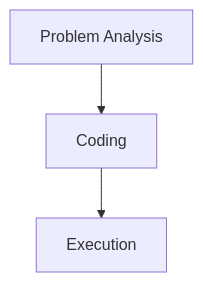
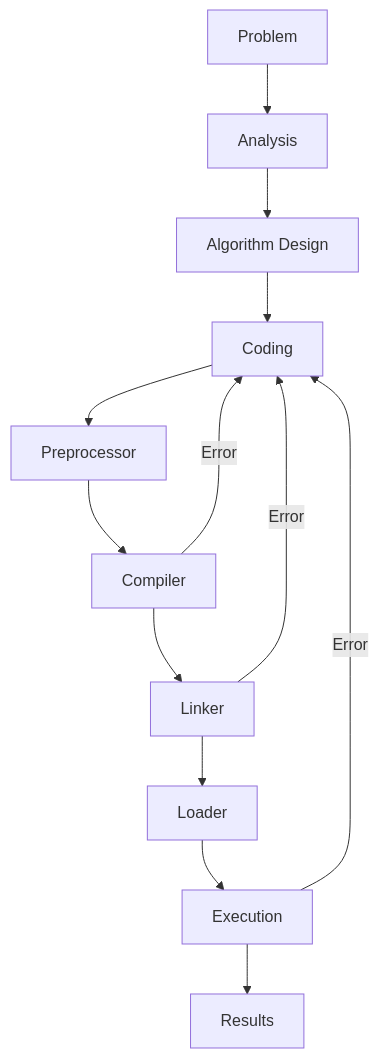
The second of 2 diagrams in 02_chapter-1-processing-cpp-program.md (Muhammad-Hussain456/Fundamentals_of_Programming-), drawn with Mermaid before and after one commit.

````diff
--- a/02_chapter-1-processing-cpp-program.md
+++ b/02_chapter-1-processing-cpp-program.md
@@ -96,5 +96,16 @@
 ```mermaid
 flowchart TD
-    A[Problem Analysis] --> B[Coding]
-    B --> C[Execution]
+    A[Problem] --> B[Analysis]
+    B --> C[Algorithm Design]
+    C --> D[Coding]
+    D --> E[Preprocessor]
+    E --> F[Compiler]
+    F -->|Error| D
+    F --> G[Linker]
+    G -->|Error| D
+    G --> H[Loader]
+    H --> I[Execution]
+    I -->|Error| D
+    I --> J[Results]
+
 ```
````
